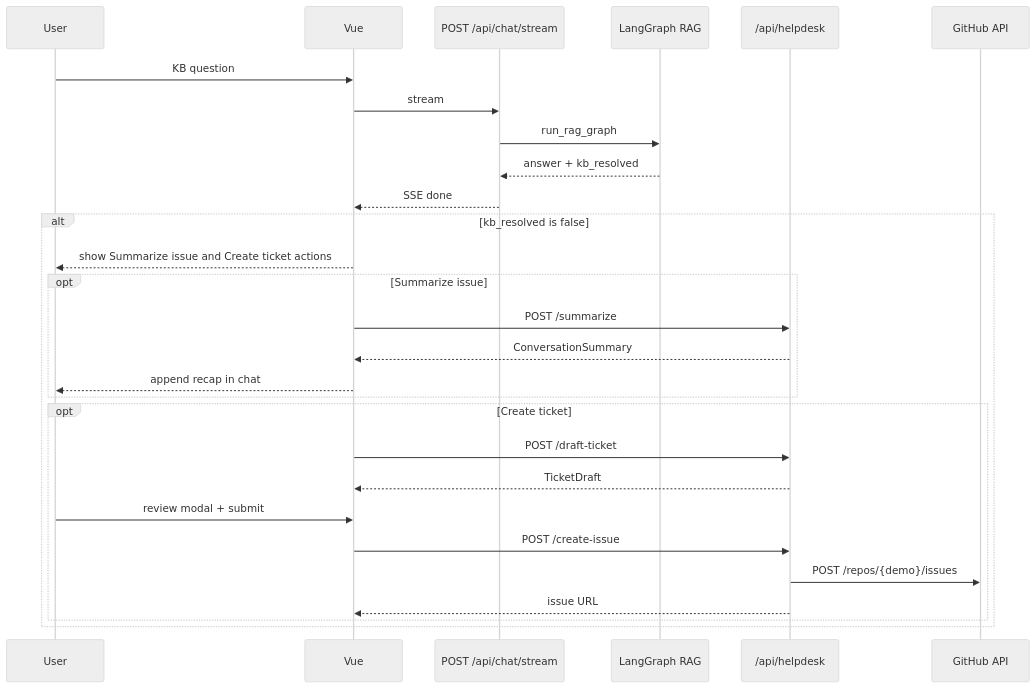
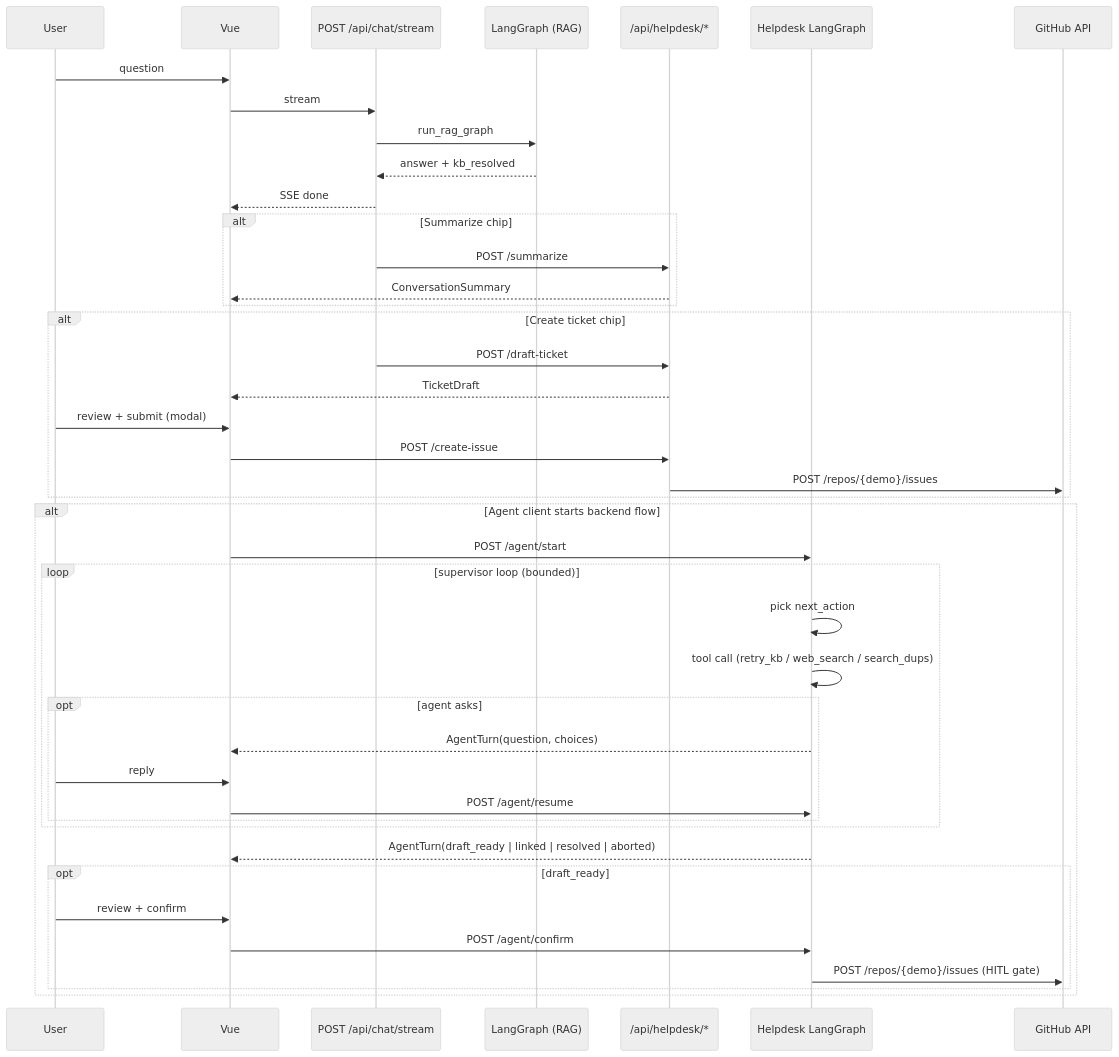
One commit to sandeep-jay/campus-rag-assistant changed the second of 2 diagrams in docs/ARCHITECTURE.md. Above: the diagram before and after it, drawn with Mermaid (neutral theme). The commit also changed other lines of this file and 19 other files, not shown here.

First line of the commit message:
feat(helpdesk-agent): add backend agent flow (#42)

````diff
--- a/docs/ARCHITECTURE.md
+++ b/docs/ARCHITECTURE.md
@@ -180,31 +181,45 @@
 ```mermaid
 sequenceDiagram
     participant User
     participant Vue
     participant ChatAPI as POST /api/chat/stream
-    participant RAG as LangGraph RAG
-    participant Help as /api/helpdesk
+    participant RAG as LangGraph (RAG)
+    participant Help as /api/helpdesk/*
+    participant Agent as Helpdesk LangGraph
     participant GH as GitHub API
 
-    User->>Vue: KB question
+    User->>Vue: question
     Vue->>ChatAPI: stream
     ChatAPI->>RAG: run_rag_graph
     RAG-->>ChatAPI: answer + kb_resolved
     ChatAPI-->>Vue: SSE done
-    alt kb_resolved is false
-        Vue-->>User: show Summarize issue and Create ticket actions
-        opt Summarize issue
-            Vue->>Help: POST /summarize
-            Help-->>Vue: ConversationSummary
-            Vue-->>User: append recap in chat
+    alt Summarize chip
+        ChatAPI->>Help: POST /summarize
+        Help-->>Vue: ConversationSummary
+    end
+    alt Create ticket chip
+        ChatAPI->>Help: POST /draft-ticket
+        Help-->>Vue: TicketDraft
+        User->>Vue: review + submit (modal)
+        Vue->>Help: POST /create-issue
+        Help->>GH: POST /repos/{demo}/issues
+    end
+    alt Agent client starts backend flow
+        Vue->>Agent: POST /agent/start
+        loop supervisor loop (bounded)
+            Agent->>Agent: pick next_action
+            Agent->>Agent: tool call (retry_kb / web_search / search_dups)
+            opt agent asks
+                Agent-->>Vue: AgentTurn(question, choices)
+                User->>Vue: reply
+                Vue->>Agent: POST /agent/resume
+            end
         end
-        opt Create ticket
-            Vue->>Help: POST /draft-ticket
-            Help-->>Vue: TicketDraft
-            User->>Vue: review modal + submit
-            Vue->>Help: POST /create-issue
-            Help->>GH: POST /repos/{demo}/issues
-            Help-->>Vue: issue URL
+        Agent-->>Vue: AgentTurn(draft_ready | linked | resolved | aborted)
+        opt draft_ready
+            User->>Vue: review + confirm
+            Vue->>Agent: POST /agent/confirm
+            Agent->>GH: POST /repos/{demo}/issues (HITL gate)
         end
     end
 ```
````
